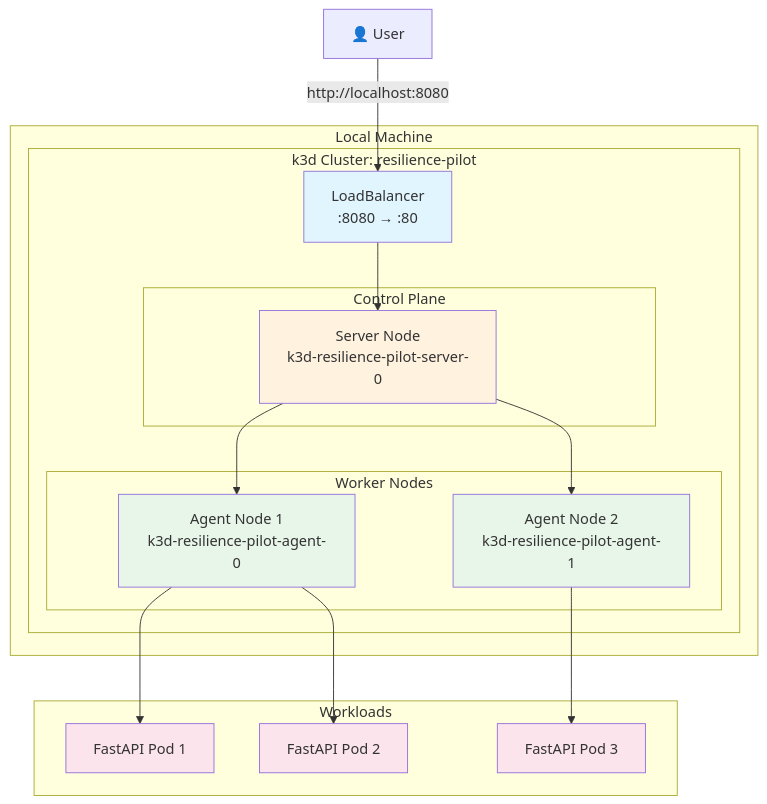
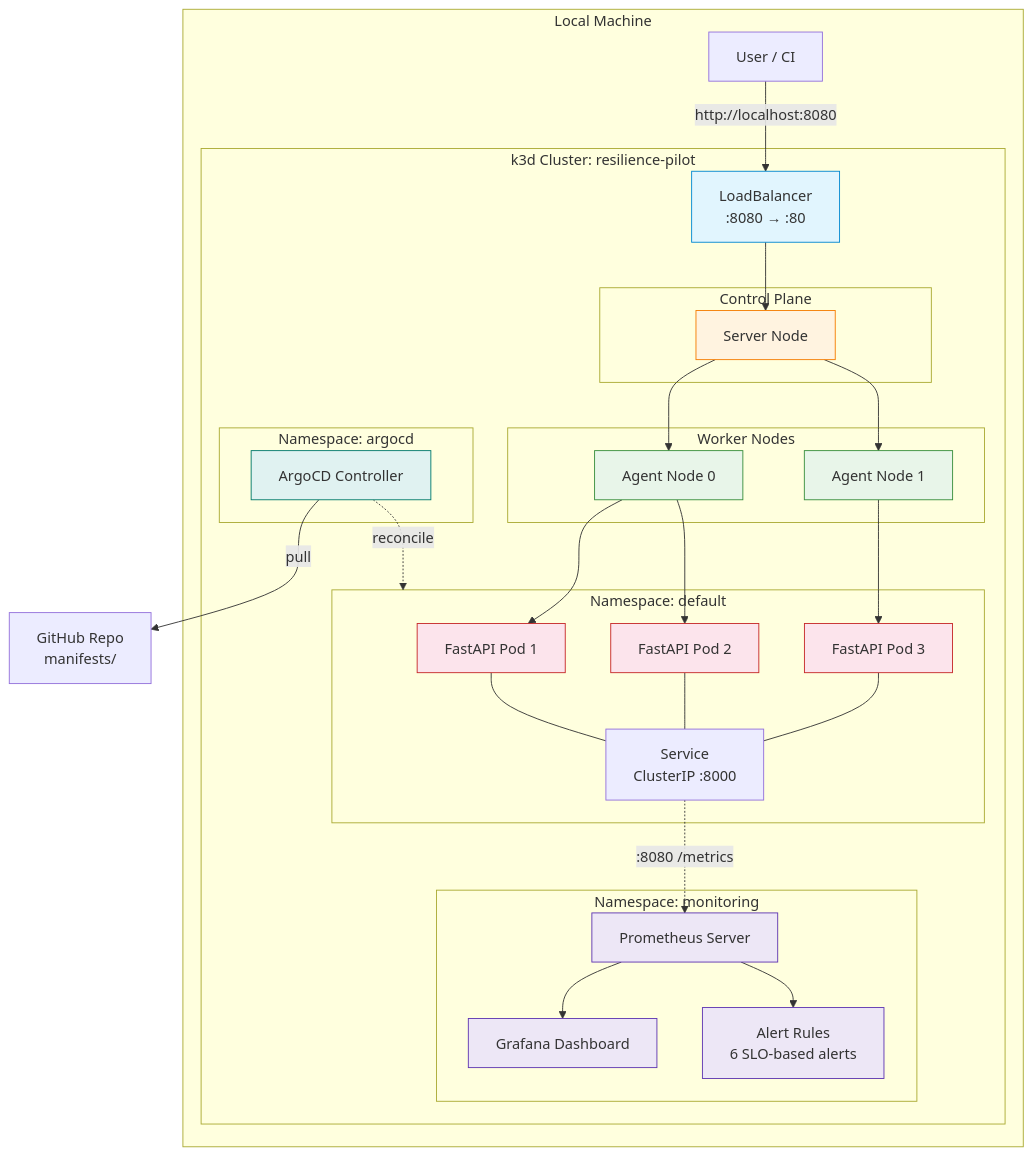
The first of 3 diagrams in README.md (AngelP17/Governor), drawn with Mermaid before and after one commit. The commit also changed other lines of this file and 1 other file, not shown here.

Commit message:
docs: add full architecture.md with 10 Mermaid diagrams, update README diagrams and clean headings

````diff
--- a/README.md
+++ b/README.md
@@ -13,41 +17,57 @@
 ```mermaid
 graph TB
-    subgraph "Local Machine"
-        subgraph "k3d Cluster: resilience-pilot"
-            LB[LoadBalancer<br/>:8080 → :80]
-            
-            subgraph "Control Plane"
-                S1[Server Node<br/>k3d-resilience-pilot-server-0]
+    subgraph LocalHost["Local Machine"]
+        User["User / CI"]
+        subgraph k3d["k3d Cluster: resilience-pilot"]
+            LB["LoadBalancer<br/>:8080 → :80"]
+            subgraph CP["Control Plane"]
+                S1["Server Node"]
             end
-            
-            subgraph "Worker Nodes"
-                A1[Agent Node 1<br/>k3d-resilience-pilot-agent-0]
-                A2[Agent Node 2<br/>k3d-resilience-pilot-agent-1]
+            subgraph WN["Worker Nodes"]
+                A1["Agent Node 0"]
+                A2["Agent Node 1"]
             end
-            
+            subgraph NS["Namespace: default"]
+                P1["FastAPI Pod 1"]
+                P2["FastAPI Pod 2"]
+                P3["FastAPI Pod 3"]
+                SVC["Service<br/>ClusterIP :8000"]
+            end
+            subgraph Mon["Namespace: monitoring"]
+                PROM["Prometheus Server"]
+                GRAF["Grafana Dashboard"]
+                ALERTS["Alert Rules<br/>6 SLO-based alerts"]
+            end
+            subgraph GitNS["Namespace: argocd"]
+                ARGO["ArgoCD Controller"]
+            end
             LB --> S1
             S1 --> A1
             S1 --> A2
+            A1 --> P1
+            A1 --> P2
+            A2 --> P3
+            P1 --- SVC
+            P2 --- SVC
+            P3 --- SVC
+            SVC -.->|":8080 /metrics"| PROM
+            PROM --> GRAF
+            PROM --> ALERTS
+            ARGO -.->|"reconcile"| NS
         end
     end
-    
-    User[👤 User] --> |http://localhost:8080| LB
-    
-    subgraph "Workloads"
-        Pod1[FastAPI Pod 1]
-        Pod2[FastAPI Pod 2]
-        Pod3[FastAPI Pod 3]
-    end
-    
-    A1 --> Pod1
-    A1 --> Pod2
-    A2 --> Pod3
-    
-    style LB fill:#e1f5fe
-    style S1 fill:#fff3e0
-    style A1 fill:#e8f5e9
-    style A2 fill:#e8f5e9
-    style Pod1 fill:#fce4ec
-    style Pod2 fill:#fce4ec
-    style Pod3 fill:#fce4ec
+    User -->|"http://localhost:8080"| LB
+    ARGO -->|"pull"| GH["GitHub Repo<br/>manifests/"]
+
+    style LB fill:#e1f5fe,stroke:#0288d1
+    style S1 fill:#fff3e0,stroke:#f57c00
+    style A1 fill:#e8f5e9,stroke:#388e3c
+    style A2 fill:#e8f5e9,stroke:#388e3c
+    style P1 fill:#fce4ec,stroke:#c62828
+    style P2 fill:#fce4ec,stroke:#c62828
+    style P3 fill:#fce4ec,stroke:#c62828
+    style PROM fill:#ede7f6,stroke:#5e35b1
+    style GRAF fill:#ede7f6,stroke:#5e35b1
+    style ALERTS fill:#ede7f6,stroke:#5e35b1
+    style ARGO fill:#e0f2f1,stroke:#00796b
 ```
````
